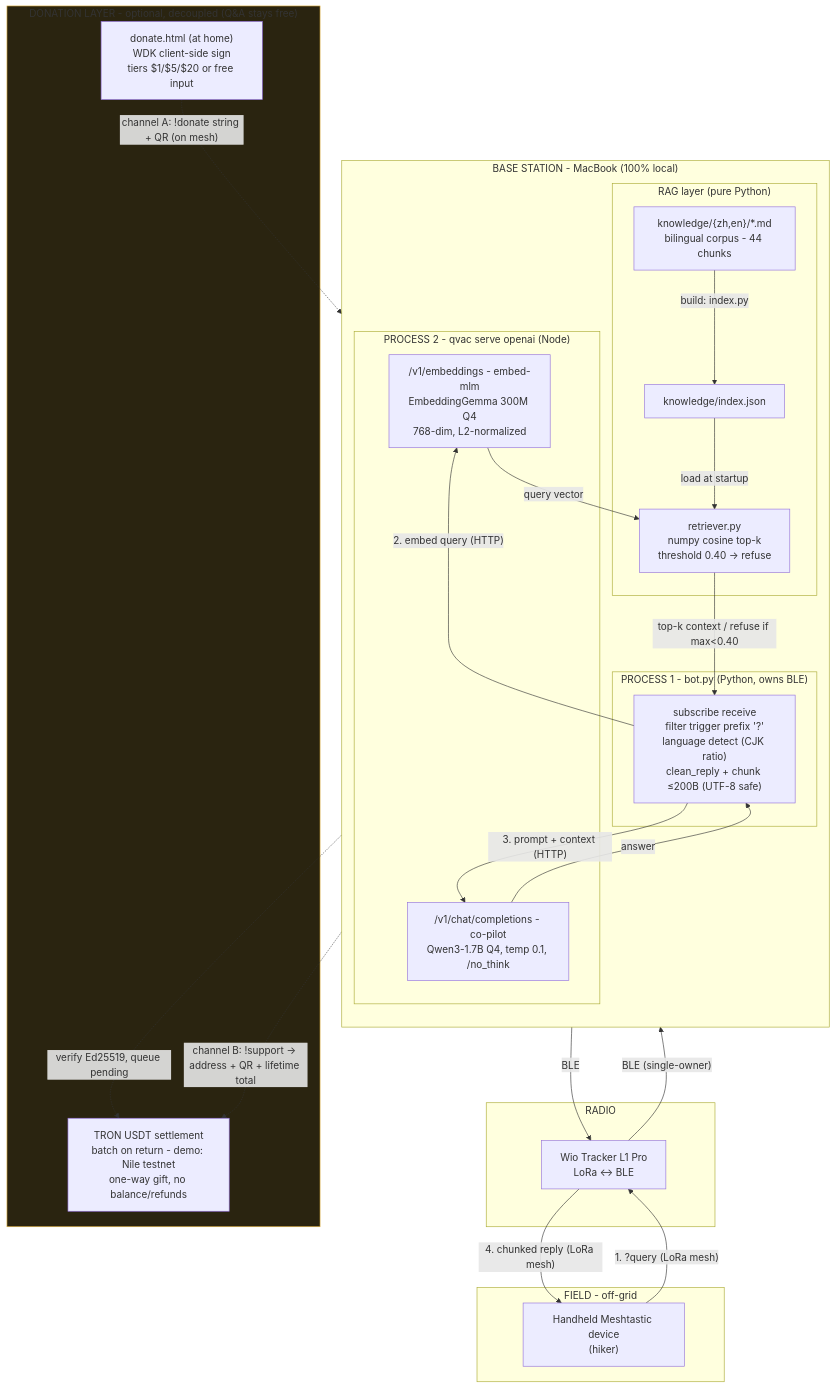
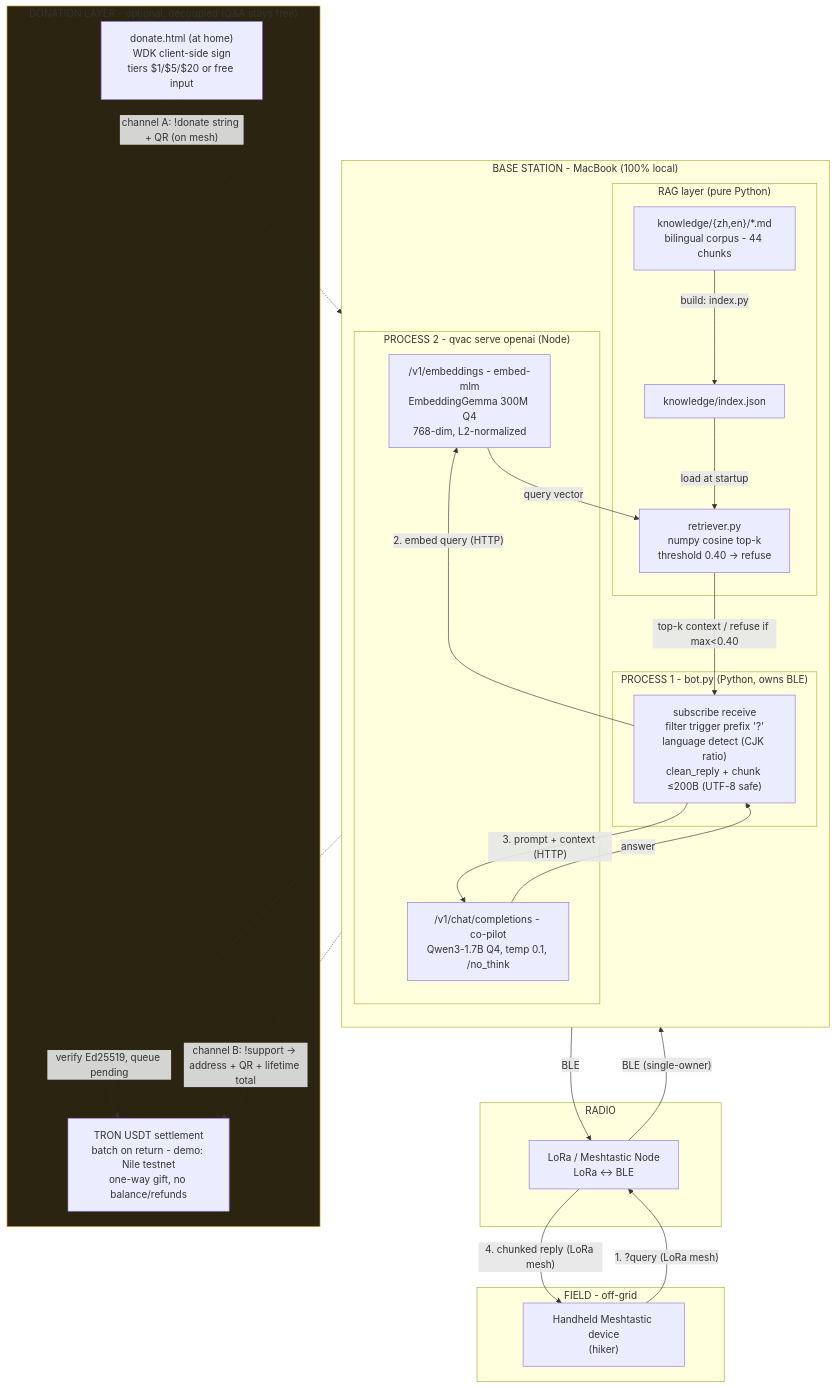
Before and after one commit to Chriskatz/survival-copilot: the diagram in architecture.md, drawn with Mermaid. The commit also changed other lines of this file and 4 other files, not shown here.

First line of the commit message:
Rename Wio Tracker L1 Pro -> generic 'LoRa / Meshtastic Node'

````diff
--- a/architecture.md
+++ b/architecture.md
@@ -9,48 +9,48 @@
 ```mermaid
 flowchart TB
     subgraph FIELD["FIELD - off-grid"]
         H["Handheld Meshtastic device<br/>(hiker)"]
     end
 
     subgraph RADIO["RADIO"]
-        W["Wio Tracker L1 Pro<br/>LoRa &lt;-&gt; BLE"]
+        W["LoRa / Meshtastic Node<br/>LoRa &lt;-&gt; BLE"]
     end
 
     subgraph MAC["BASE STATION - MacBook (100% local)"]
         direction TB
         subgraph P1["PROCESS 1 - bot.py (Python, owns BLE)"]
             BOT["subscribe receive<br/>filter trigger prefix '?'<br/>language detect (CJK ratio)<br/>clean_reply + chunk &le;200B (UTF-8 safe)"]
         end
         subgraph RAGL["RAG layer (pure Python)"]
             COR["knowledge/{zh,en}/*.md<br/>bilingual corpus - 44 chunks"]
             IDX["knowledge/index.json"]
             RET["retriever.py<br/>numpy cosine top-k<br/>threshold 0.40 -> refuse"]
         end
         subgraph P2["PROCESS 2 - qvac serve openai (Node)"]
             EMB["/v1/embeddings - embed-mlm<br/>EmbeddingGemma 300M Q4<br/>768-dim, L2-normalized"]
             LLM["/v1/chat/completions - co-pilot<br/>Qwen3-1.7B Q4, temp 0.1, /no_think"]
         end
     end
 
     subgraph DON["DONATION LAYER - optional, decoupled (Q&amp;A stays free)"]
         DGEN["donate.html (at home)<br/>WDK client-side sign<br/>tiers $1/$5/$20 or free input"]
         TRON["TRON USDT settlement<br/>batch on return - demo: Nile testnet<br/>one-way gift, no balance/refunds"]
     end
 
     H   -- "1. ?query (LoRa mesh)" --> W
     W   -- "BLE (single-owner)"     --> BOT
     BOT -- "2. embed query (HTTP)"  --> EMB
     EMB -- "query vector"           --> RET
     COR -- "build: index.py"        --> IDX
     IDX -- "load at startup"        --> RET
     RET -- "top-k context / refuse if max&lt;0.40" --> BOT
     BOT -- "3. prompt + context (HTTP)" --> LLM
     LLM -- "answer"                 --> BOT
     BOT -- "BLE"                    --> W
     W   -- "4. chunked reply (LoRa mesh)" --> H
 
     DGEN -. "channel A: !donate string + QR (on mesh)" .-> BOT
     BOT  -. "verify Ed25519, queue pending" .-> TRON
     BOT  -. "channel B: !support -> address + QR + lifetime total" .-> TRON
     style DON fill:#2a2410,stroke:#e3b341
 ```
````
